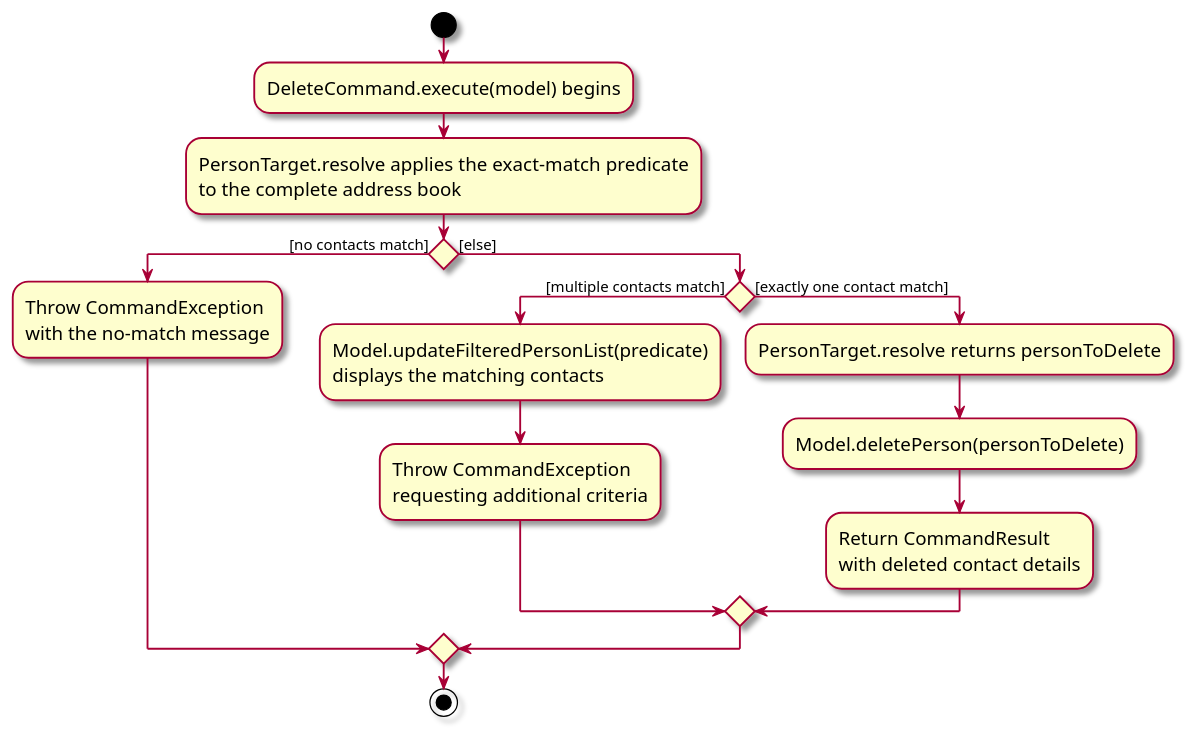
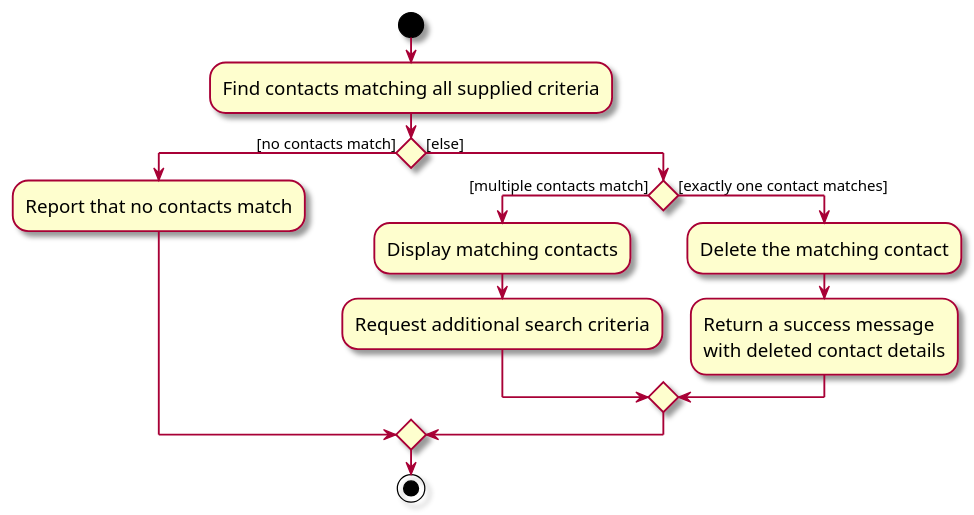
Before and after one commit to AY2627S1-CS2103T-T16-4/tp: the diagram in docs/diagrams/DeleteTargetingActivityDiagram.puml, drawn with PlantUML. The commit also changed 1 other file, not shown here.

Commit message:
Improve delete activity diagram

```diff
--- a/docs/diagrams/DeleteTargetingActivityDiagram.puml
+++ b/docs/diagrams/DeleteTargetingActivityDiagram.puml
@@ -1,23 +1,21 @@
 @startuml
 skin rose
 skinparam ActivityFontSize 15
 skinparam ArrowFontSize 12
 
 start
-:DeleteCommand.execute(model) begins;
-:PersonTarget.resolve applies the exact-match predicate\nto the complete address book;
+:Find contacts matching all supplied criteria;
 
 if () then ([no contacts match])
-  :Throw CommandException\nwith the no-match message;
+  :Report that no contacts match;
 else ([else])
   if () then ([multiple contacts match])
-    :Model.updateFilteredPersonList(predicate)\ndisplays the matching contacts;
-    :Throw CommandException\nrequesting additional criteria;
-  else ([exactly one contact match])
-    :PersonTarget.resolve returns personToDelete;
-    :Model.deletePerson(personToDelete);
-    :Return CommandResult\nwith deleted contact details;
+    :Display matching contacts;
+    :Request additional search criteria;
+  else ([exactly one contact matches])
+    :Delete the matching contact;
+    :Return a success message\nwith deleted contact details;
   endif
 endif
 stop
 @enduml
```
